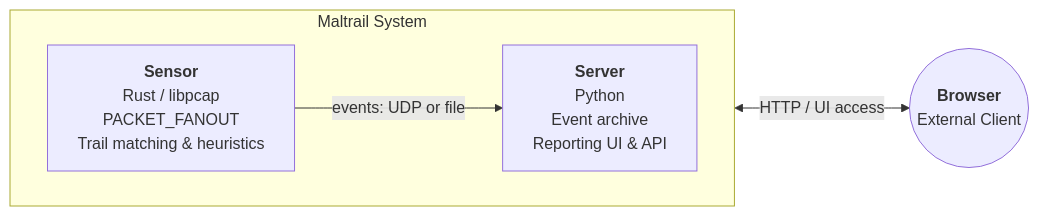
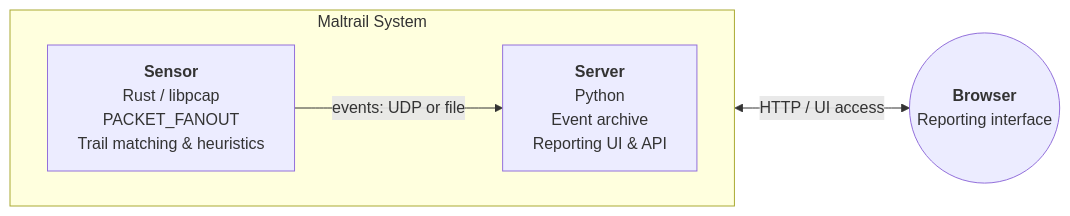
Before and after one commit to stamparm/maltrail: the diagram in README.md, drawn with Mermaid.

````diff
--- a/README.md
+++ b/README.md
@@ -70,13 +70,13 @@
 ```mermaid
 flowchart LR
     subgraph Maltrail ["Maltrail System"]
         direction LR
         Sensor["<b>Sensor</b><br/>Rust / libpcap<br/>PACKET_FANOUT<br/>Trail matching & heuristics"]
         Server["<b>Server</b><br/>Python<br/>Event archive<br/>Reporting UI & API"]
     end
 
-    Browser(("<b>Browser</b><br/>External Client"))
+    Browser(("<b>Browser</b><br/>Reporting interface"))
 
     Sensor -->|events: UDP or file| Server
     Server <-->|HTTP / UI access| Browser
 ```
````
